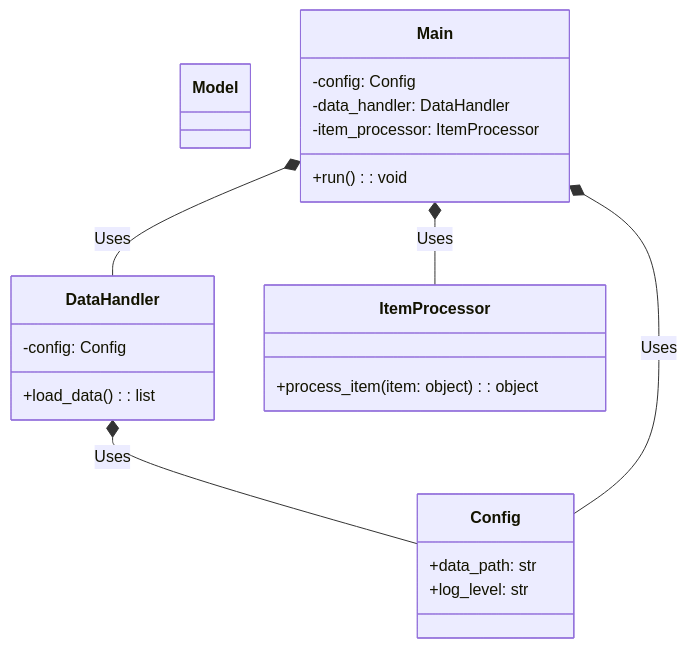
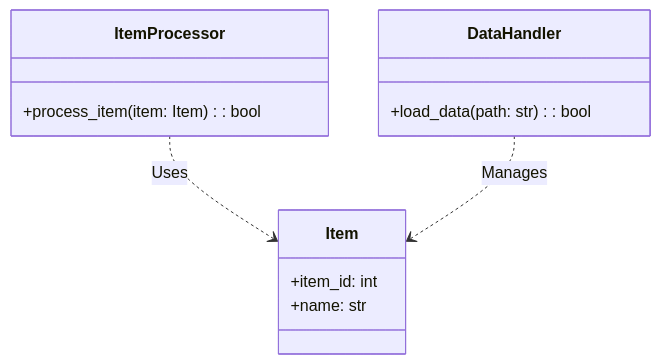
One commit to OpenXFlow/sourceLensAI changed the first of 7 diagrams in output/python-sample-project/07_diagrams.md. Above: the diagram before and after it, drawn with Mermaid. The commit also changed other lines of this file and 25 other files, not shown here.

````diff
--- a/output/python-sample-project/07_diagrams.md
+++ b/output/python-sample-project/07_diagrams.md
@@ -6,26 +6,15 @@
 ```mermaid
 classDiagram
-    class Config {
-        +data_path: str
-        +log_level: str
-    }
     class DataHandler {
-        -config: Config
-        +load_data() : list
+        +load_data(path: str) : bool
     }
     class ItemProcessor {
-        +process_item(item: object) : object
+        +process_item(item: Item) : bool
     }
-    class Model {
+    class Item {
+        +item_id: int
+        +name: str
     }
-    class Main {
-        -config: Config
-        -data_handler: DataHandler
-        -item_processor: ItemProcessor
-        +run() : void
-    }
-    DataHandler *-- Config : Uses
-    Main *-- Config : Uses
-    Main *-- DataHandler : Uses
-    Main *-- ItemProcessor : Uses
+    ItemProcessor ..> Item : Uses
+    DataHandler ..> Item : Manages
 ```
````
